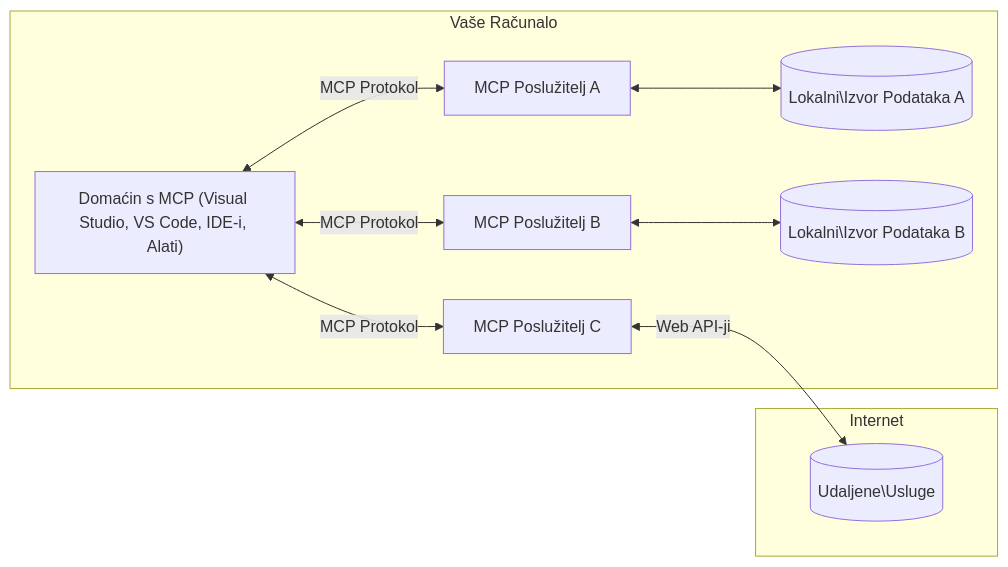
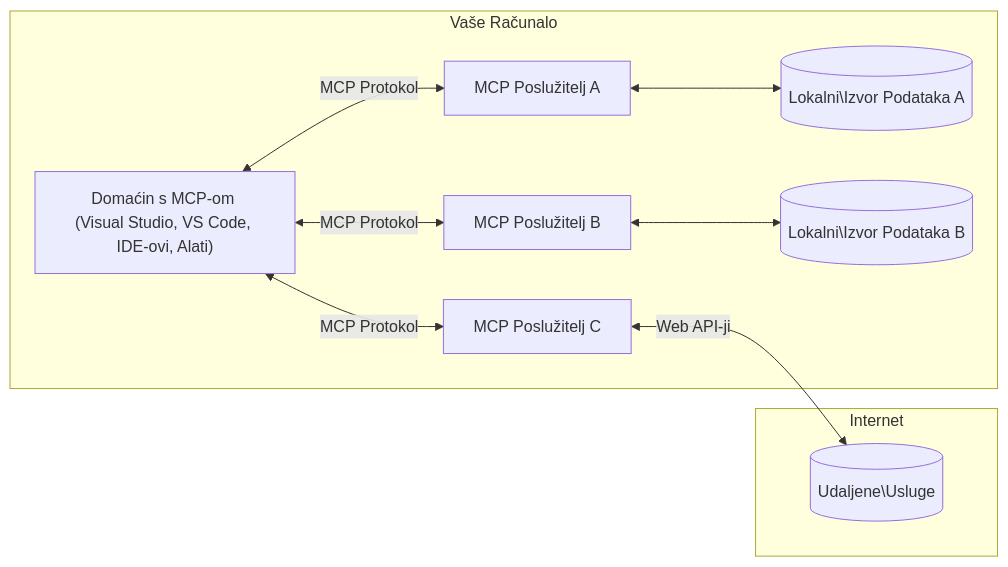
The diagram in translations/hr/01-CoreConcepts/README.md (Mu-L/mcp-for-beginners), drawn with Mermaid before and after one commit. The commit also changed other lines of this file and 5 other files, not shown here.

````diff
--- a/translations/hr/01-CoreConcepts/README.md
+++ b/translations/hr/01-CoreConcepts/README.md
@@ -45,17 +45,17 @@
 ```mermaid
 flowchart LR
     subgraph "Vaše Računalo"
-        Host["Domaćin s MCP (Visual Studio, VS Code, IDE-i, Alati)"]
+        Host["Domaćin s MCP-om (Visual Studio, VS Code, IDE-ovi, Alati)"]
         S1["MCP Poslužitelj A"]
         S2["MCP Poslužitelj B"]
         S3["MCP Poslužitelj C"]
         Host <-->|"MCP Protokol"| S1
         Host <-->|"MCP Protokol"| S2
         Host <-->|"MCP Protokol"| S3
         S1 <--> D1[("Lokalni\Izvor Podataka A")]
         S2 <--> D2[("Lokalni\Izvor Podataka B")]
     end
     subgraph "Internet"
         S3 <-->|"Web API-ji"| D3[("Udaljene\Usluge")]
     end
 ```
````
